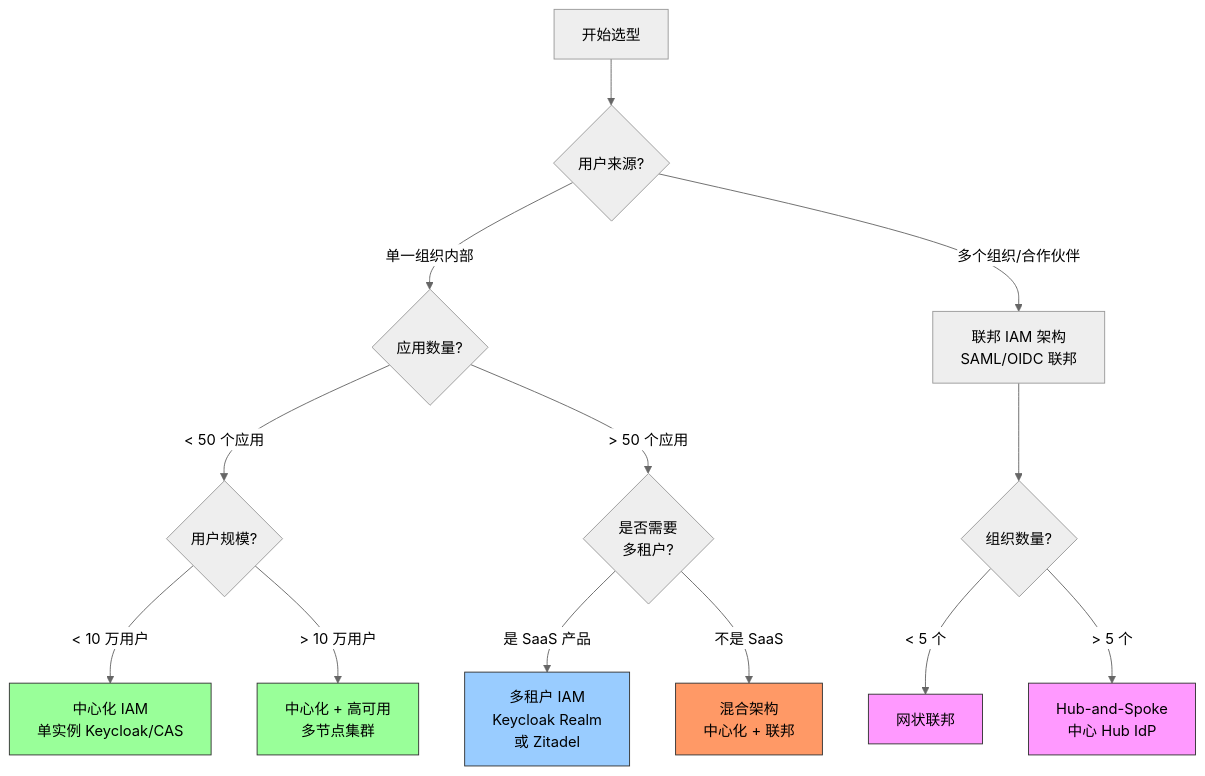
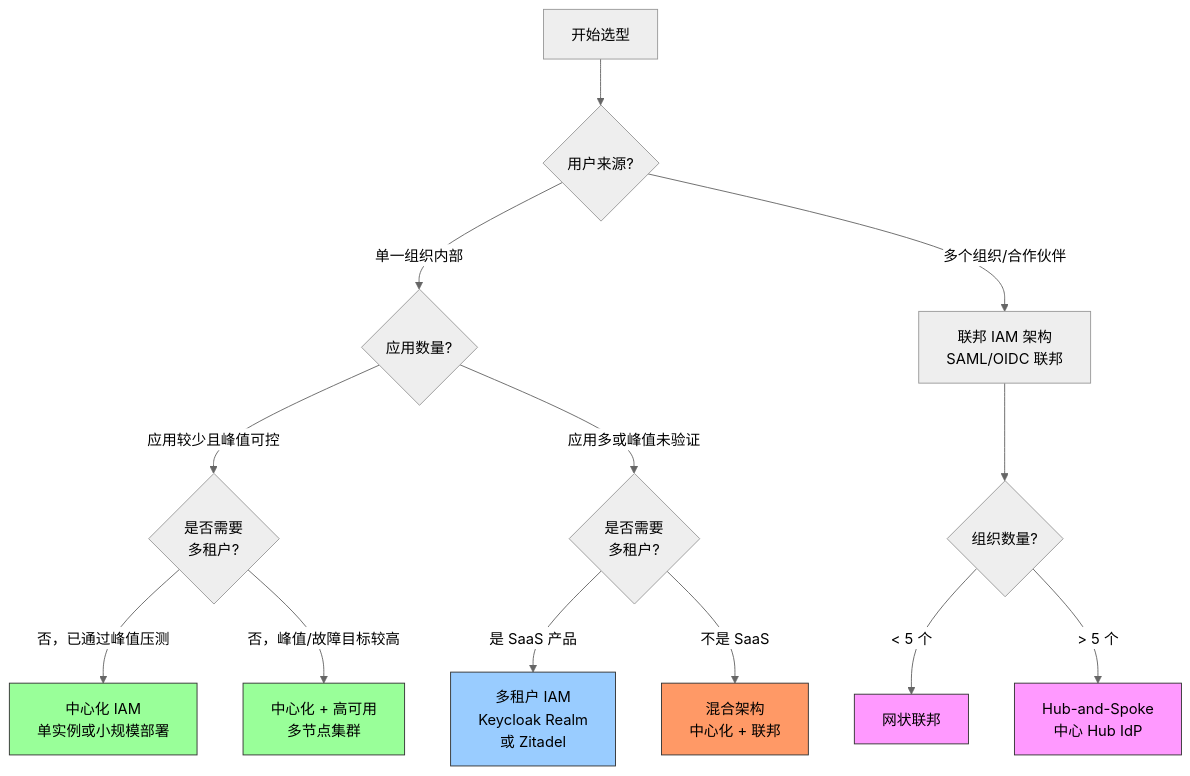
The seventh of 7 diagrams in content/docs/advanced-topics/iam-architecture-design.md (l10178/idaas-book), drawn with Mermaid (neutral theme) before and after one commit. The commit also changed other lines of this file and 1 other file, not shown here.

Commit message:
docs: remove unsupported IAM capacity thresholds
Remove unsupported IAM capacity thresholds and require deployment-specific validation.

````diff
--- a/content/docs/advanced-topics/iam-architecture-design.md
+++ b/content/docs/advanced-topics/iam-architecture-design.md
@@ -296,27 +296,27 @@
 ```mermaid
 graph TD
     Start[开始选型] --> Q1{用户来源?}
 
     Q1 -->|单一组织内部| Q2{应用数量?}
     Q1 -->|多个组织/合作伙伴| Fed[联邦 IAM 架构<br/>SAML/OIDC 联邦]
 
-    Q2 -->|< 50 个应用| Q3{用户规模?}
-    Q2 -->|> 50 个应用| Q4{是否需要<br/>多租户?}
+    Q2 -->|应用较少且峰值可控| Q3{是否需要<br/>多租户?}
+    Q2 -->|应用多或峰值未验证| Q4{是否需要<br/>多租户?}
 
-    Q3 -->|< 10 万用户| Central[中心化 IAM<br/>单实例 Keycloak/CAS]
-    Q3 -->|> 10 万用户| HA[中心化 + 高可用<br/>多节点集群]
+    Q3 -->|否，已通过峰值压测| Central[中心化 IAM<br/>单实例或小规模部署]
+    Q3 -->|否，峰值/故障目标较高| HA[中心化 + 高可用<br/>多节点集群]
 
     Q4 -->|是 SaaS 产品| MT[多租户 IAM<br/>Keycloak Realm<br/>或 Zitadel]
     Q4 -->|不是 SaaS| Hybrid[混合架构<br/>中心化 + 联邦]
 
     Fed --> FQ{组织数量?}
     FQ -->|< 5 个| Mesh[网状联邦]
     FQ -->|> 5 个| Hub[Hub-and-Spoke<br/>中心 Hub IdP]
 
     style Central fill:#9f9,stroke:#333
     style HA fill:#9f9,stroke:#333
     style MT fill:#9cf,stroke:#333
     style Hybrid fill:#f96,stroke:#333
     style Mesh fill:#f9f,stroke:#333
     style Hub fill:#f9f,stroke:#333
 ```
````
